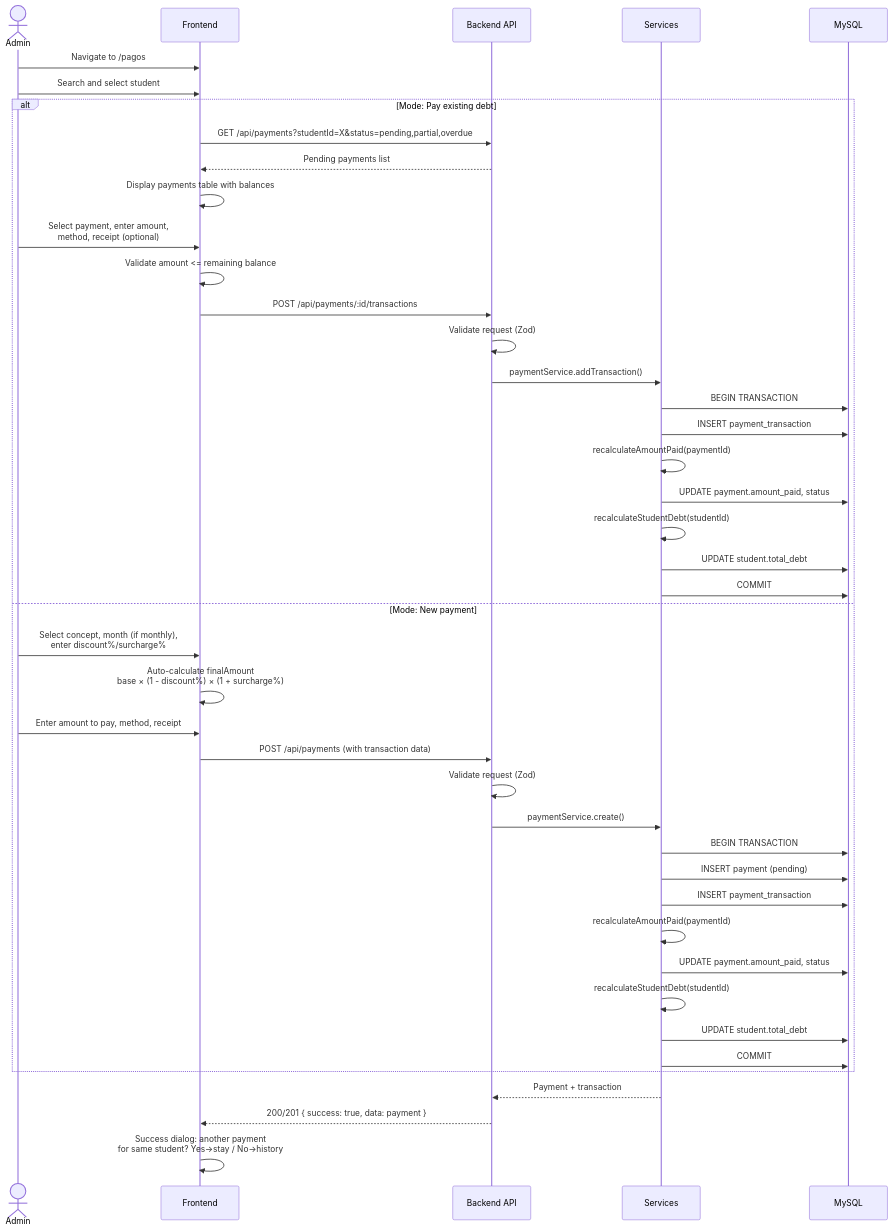
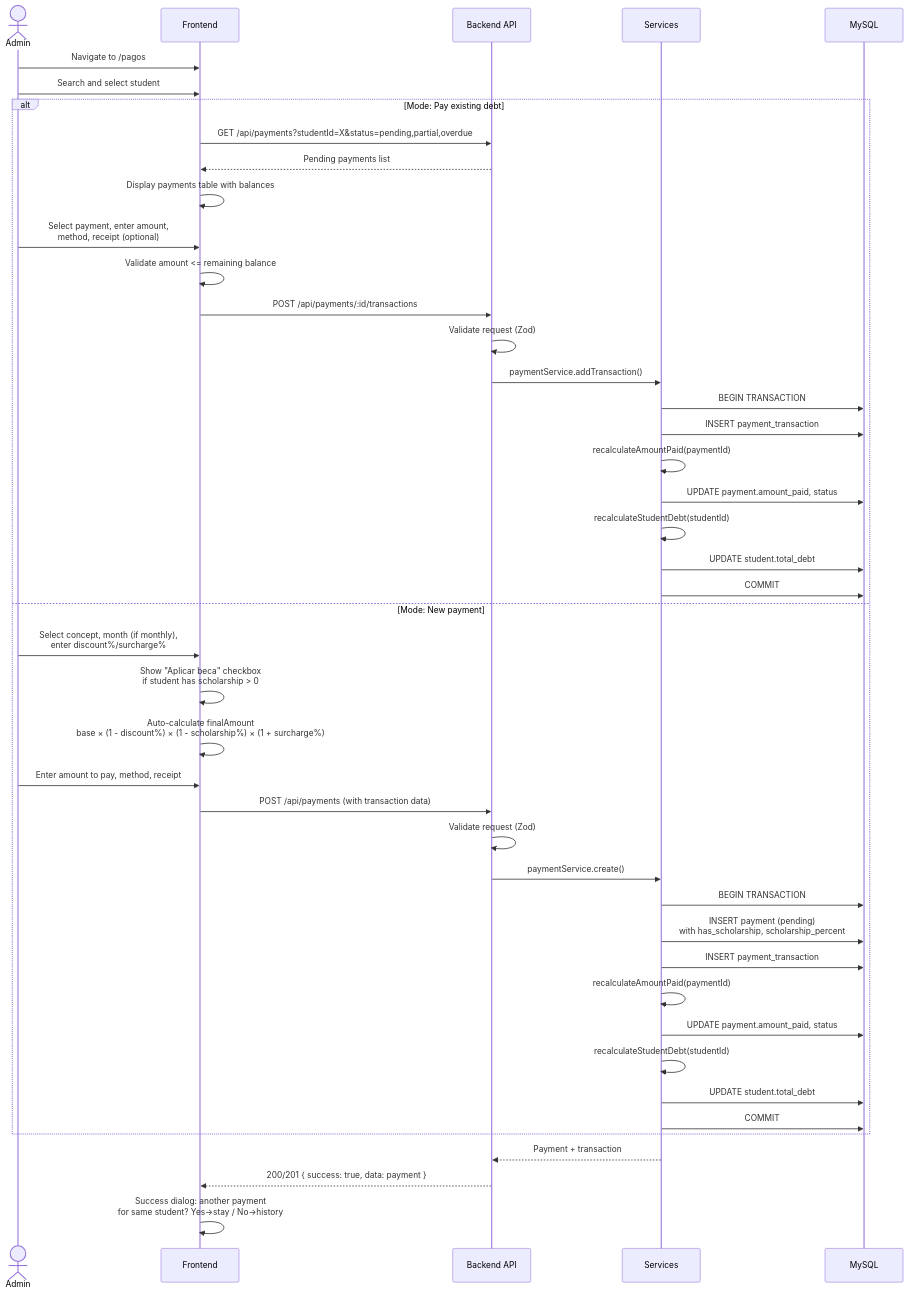
The third of 9 diagrams in docs/Architecture.md (OmarERz/Sistema_Gestion_Escolar), drawn with Mermaid before and after one commit. The commit also changed 20 other files, not shown here.

First line of the commit message:
Implement scholarship system: student discount, manual/auto application in payments

````diff
--- a/docs/Architecture.md
+++ b/docs/Architecture.md
@@ -194,52 +194,53 @@
 ```mermaid
 sequenceDiagram
     actor Admin
     participant FE as Frontend
     participant API as Backend API
     participant SVC as Services
     participant DB as MySQL
 
     Admin->>FE: Navigate to /pagos
     Admin->>FE: Search and select student
 
     alt Mode: Pay existing debt
         FE->>API: GET /api/payments?studentId=X&status=pending,partial,overdue
         API-->>FE: Pending payments list
         FE->>FE: Display payments table with balances
 
         Admin->>FE: Select payment, enter amount,<br/>method, receipt (optional)
         FE->>FE: Validate amount <= remaining balance
         FE->>API: POST /api/payments/:id/transactions
         API->>API: Validate request (Zod)
         API->>SVC: paymentService.addTransaction()
 
         SVC->>DB: BEGIN TRANSACTION
         SVC->>DB: INSERT payment_transaction
         SVC->>SVC: recalculateAmountPaid(paymentId)
         SVC->>DB: UPDATE payment.amount_paid, status
         SVC->>SVC: recalculateStudentDebt(studentId)
         SVC->>DB: UPDATE student.total_debt
         SVC->>DB: COMMIT
 
     else Mode: New payment
         Admin->>FE: Select concept, month (if monthly),<br/>enter discount%/surcharge%
-        FE->>FE: Auto-calculate finalAmount<br/>base × (1 - discount%) × (1 + surcharge%)
+        FE->>FE: Show "Aplicar beca" checkbox<br/>if student has scholarship > 0
+        FE->>FE: Auto-calculate finalAmount<br/>base × (1 - discount%) × (1 - scholarship%) × (1 + surcharge%)
         Admin->>FE: Enter amount to pay, method, receipt
         FE->>API: POST /api/payments (with transaction data)
         API->>API: Validate request (Zod)
         API->>SVC: paymentService.create()
 
         SVC->>DB: BEGIN TRANSACTION
-        SVC->>DB: INSERT payment (pending)
+        SVC->>DB: INSERT payment (pending)<br/>with has_scholarship, scholarship_percent
         SVC->>DB: INSERT payment_transaction
         SVC->>SVC: recalculateAmountPaid(paymentId)
         SVC->>DB: UPDATE payment.amount_paid, status
         SVC->>SVC: recalculateStudentDebt(studentId)
         SVC->>DB: UPDATE student.total_debt
         SVC->>DB: COMMIT
     end
 
     SVC-->>API: Payment + transaction
     API-->>FE: 200/201 { success: true, data: payment }
     FE->>FE: Success dialog: another payment<br/>for same student? Yes→stay / No→history
 ```
````
